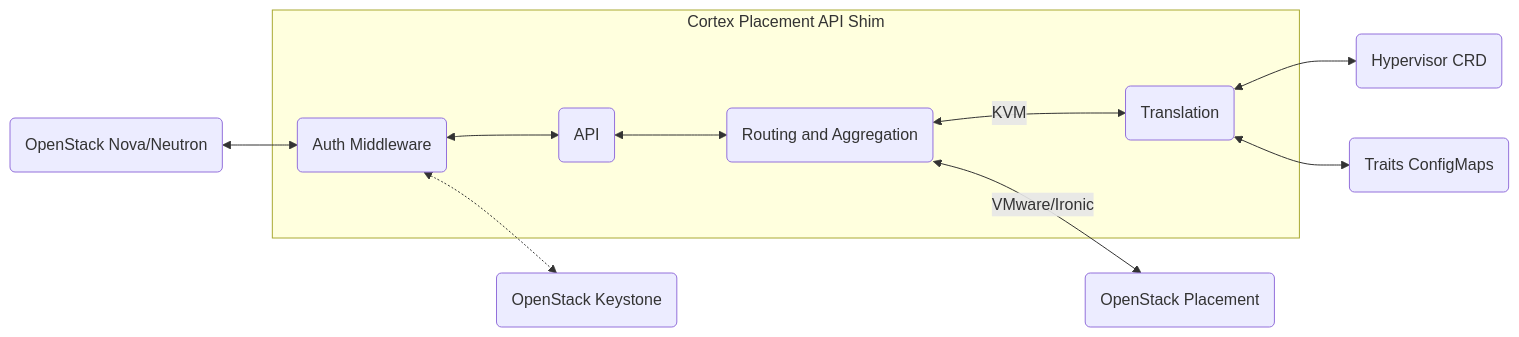
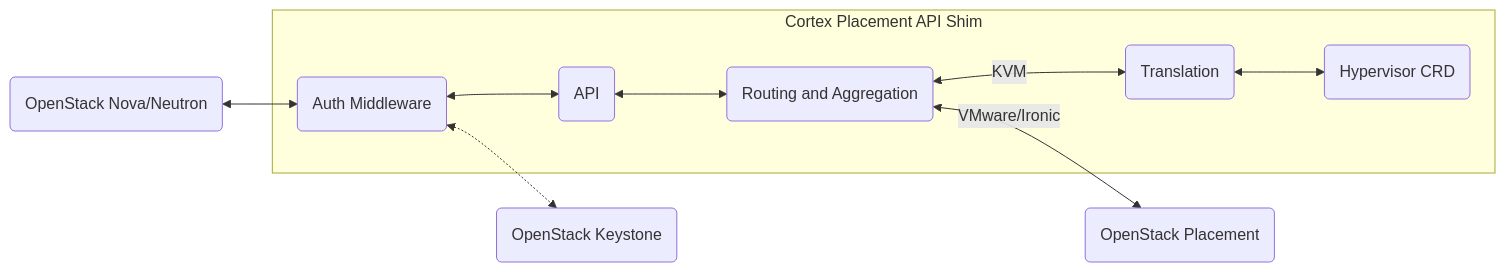
The diagram in docs/architecture.md (cobaltcore-dev/cortex), drawn with Mermaid before and after one commit. The commit also changed other lines of this file and 52 other files, not shown here.

````diff
--- a/docs/architecture.md
+++ b/docs/architecture.md
@@ -79,14 +78,13 @@
 ```mermaid
 graph LR;
     nn(OpenStack Nova/Neutron) <--> auth
     subgraph shim [Cortex Placement API Shim]
     auth(Auth Middleware) <--> api(API)
     api <--> router(Routing and Aggregation)
     router <-- KVM --> tl
     tl(Translation)
+    tl <--> crd(Hypervisor CRD)
     end
     auth <-.-> ks(OpenStack Keystone)
     router <-- VMware/Ironic --> pl(OpenStack Placement)
-    tl <--> crd(Hypervisor CRD)
-    tl <--> cm(Traits ConfigMaps)
 ```
````
